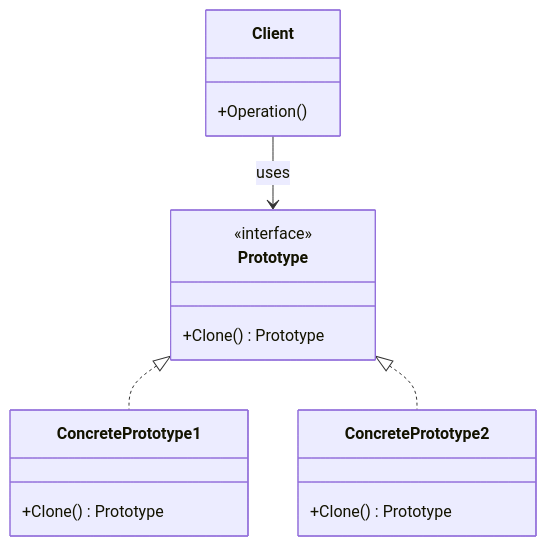
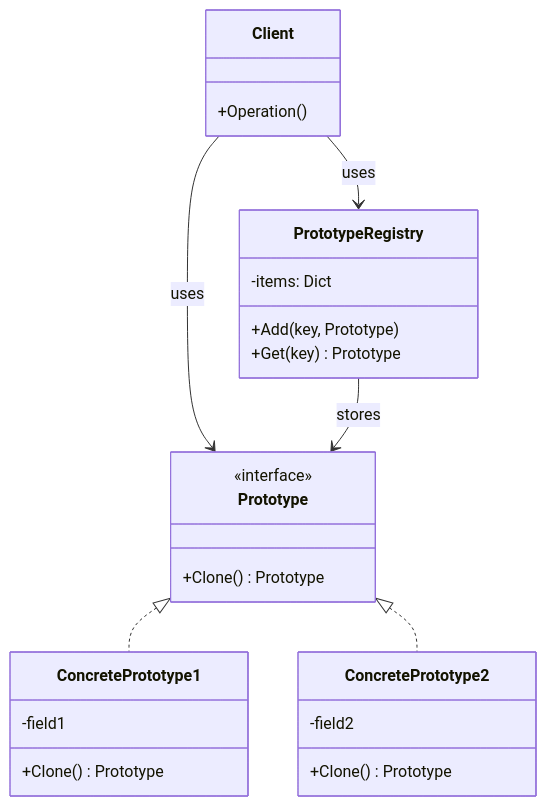
Before and after one commit to minijb/Wiki: the fourth of 6 diagrams in raw/cs/design-patterns/creational-patterns.md, drawn with Mermaid. The commit also changed other lines of this file and 962 other files, not shown here.

````diff
--- a/raw/cs/design-patterns/creational-patterns.md
+++ b/raw/cs/design-patterns/creational-patterns.md
@@ -433,20 +548,29 @@
 ```mermaid
 classDiagram
     class Prototype {
         <<interface>>
         +Clone() Prototype
     }
     class ConcretePrototype1 {
+        -field1
         +Clone() Prototype
     }
     class ConcretePrototype2 {
+        -field2
         +Clone() Prototype
     }
     class Client {
         +Operation()
     }
+    class PrototypeRegistry {
+        -items: Dict
+        +Add(key, Prototype)
+        +Get(key) Prototype
+    }
 
     Prototype <|.. ConcretePrototype1
     Prototype <|.. ConcretePrototype2
     Client --> Prototype : uses
+    Client --> PrototypeRegistry : uses
+    PrototypeRegistry --> Prototype : stores
 ```
````
